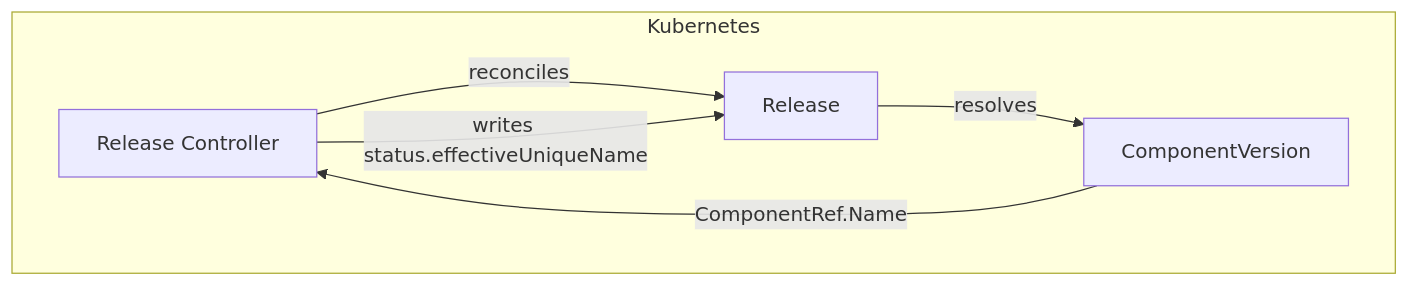
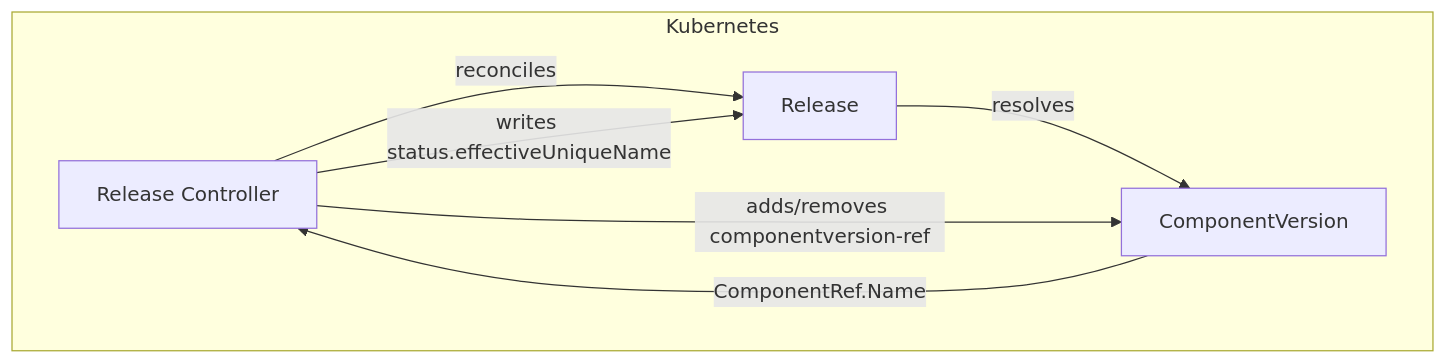
One commit to opendefensecloud/solution-arsenal changed the first of 3 diagrams in docs/developer-guide/release_controller.md. Above: the diagram before and after it, drawn with Mermaid. The commit also changed other lines of this file and 26 other files, not shown here.

````diff
--- a/docs/developer-guide/release_controller.md
+++ b/docs/developer-guide/release_controller.md
@@ -13,13 +13,14 @@
 ```mermaid
 flowchart TD
     subgraph Kubernetes
         Ctrl[Release Controller]
         Rel[Release]
         CV[ComponentVersion]
     end
 
     Ctrl -->|reconciles| Rel
     Rel -->|resolves| CV
     CV -->|ComponentRef.Name| Ctrl
     Ctrl -->|writes status.effectiveUniqueName| Rel
+    Ctrl -->|adds/removes componentversion-ref| CV
 ```
````
